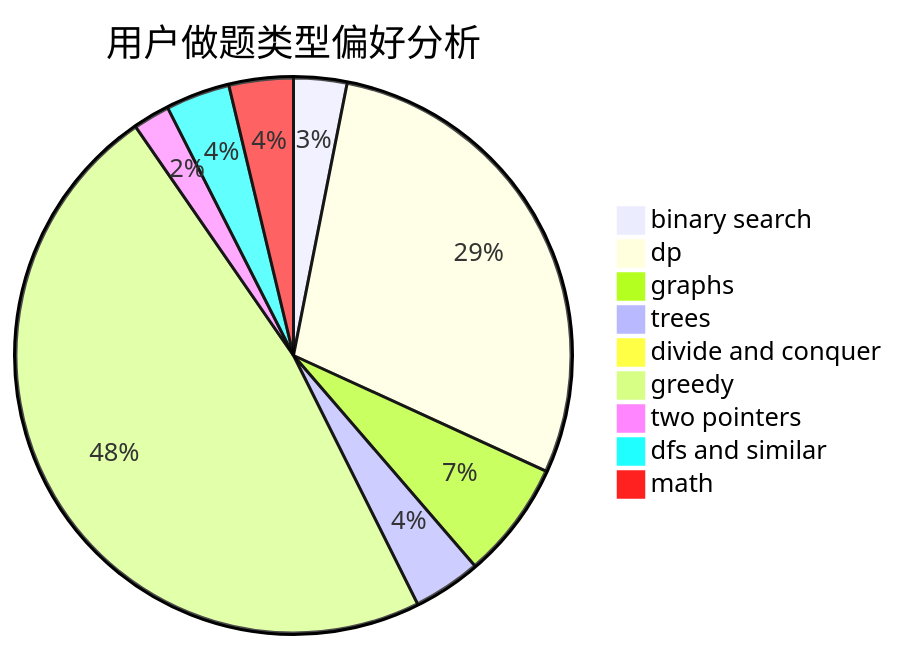
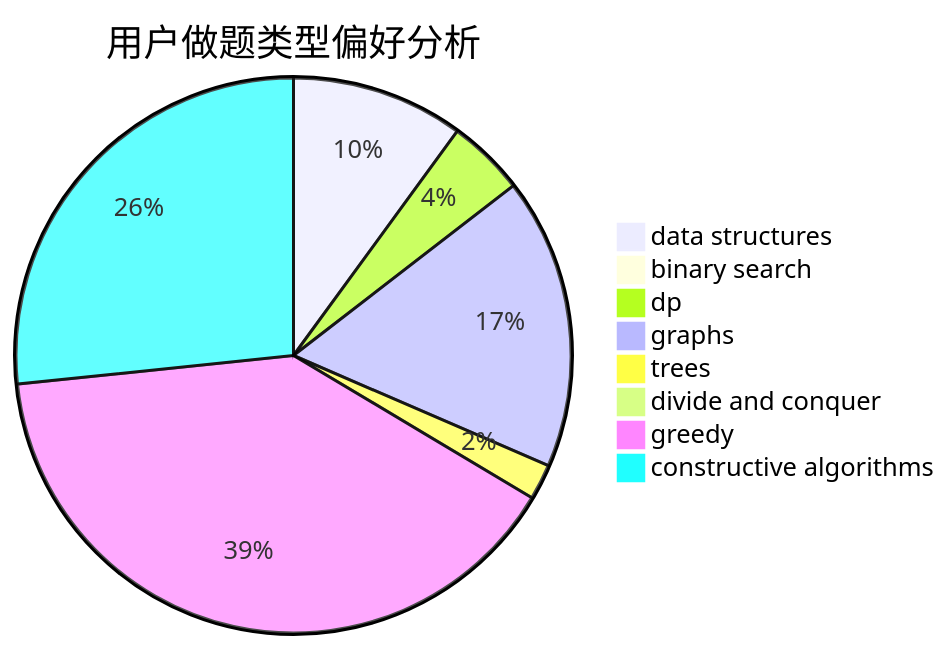
Before and after one commit to sherpahu/cfrs.github.io: the second of 3 diagrams in docs/user/u2542.md, drawn with Mermaid. The commit also changed other lines of this file and 2775 other files, not shown here.

````diff
--- a/docs/user/u2542.md
+++ b/docs/user/u2542.md
@@ -23,12 +23,11 @@
 ```mermaid
 pie title 用户做题类型偏好分析
-    "binary search" :  29
-    "dp" :  269
-    "graphs" :  64
-    "trees" :  37
-    "divide and conquer" :  4
-    "greedy" :  447
-    "two pointers" :  20
-    "dfs and similar" :  35
-    "math" :  35
+    "data structures" :  29
+    "binary search" :  1
+    "dp" :  13
+    "graphs" :  49
+    "trees" :  6
+    "divide and conquer" :  2
+    "greedy" :  115
+    "constructive algorithms" :  77
 ```
````
